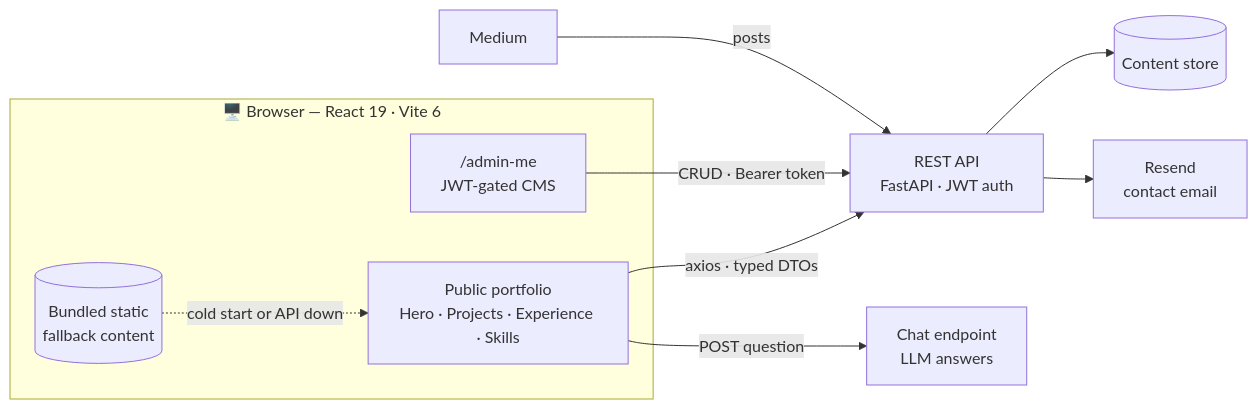
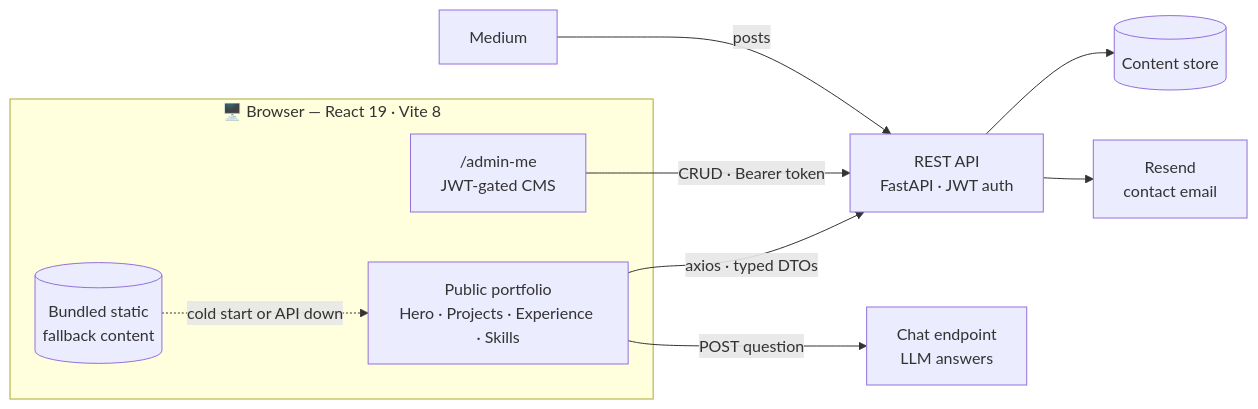
Before and after one commit to alkairis/alkairis.github.io: the diagram in README.md, drawn with Mermaid. The commit also changed other lines of this file and 10 other files, not shown here.

````diff
--- a/README.md
+++ b/README.md
@@ -47,22 +47,22 @@
 ```mermaid
 flowchart LR
-    subgraph browser["🖥️ Browser — React 19 · Vite 6"]
+    subgraph browser["🖥️ Browser — React 19 · Vite 8"]
         UI["Public portfolio<br/>Hero · Projects · Experience · Skills"]
         CMS["/admin-me<br/>JWT-gated CMS"]
         FALLBACK[("Bundled static<br/>fallback content")]
     end
 
     API["REST API<br/>FastAPI · JWT auth"]
     LLM["Chat endpoint<br/>LLM answers"]
     STORE[("Content store")]
     RESEND["Resend<br/>contact email"]
     MEDIUM["Medium"]
 
     UI -->|"axios · typed DTOs"| API
     UI -->|"POST question"| LLM
     CMS -->|"CRUD · Bearer token"| API
     API --> STORE
     API --> RESEND
     MEDIUM -->|"posts"| API
     FALLBACK -.->|"cold start or API down"| UI
 ```
````
